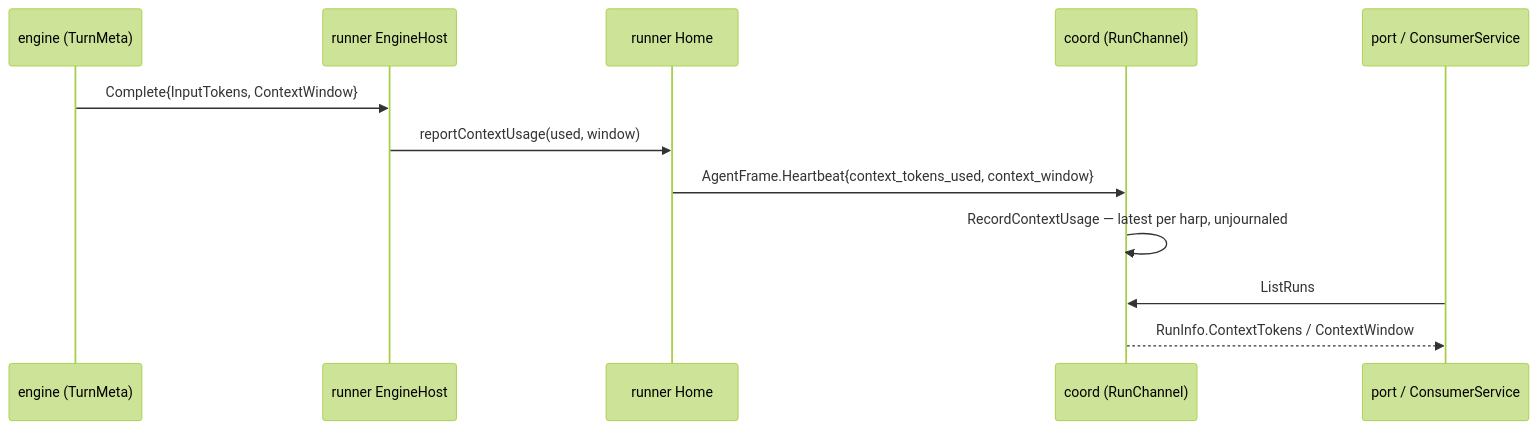
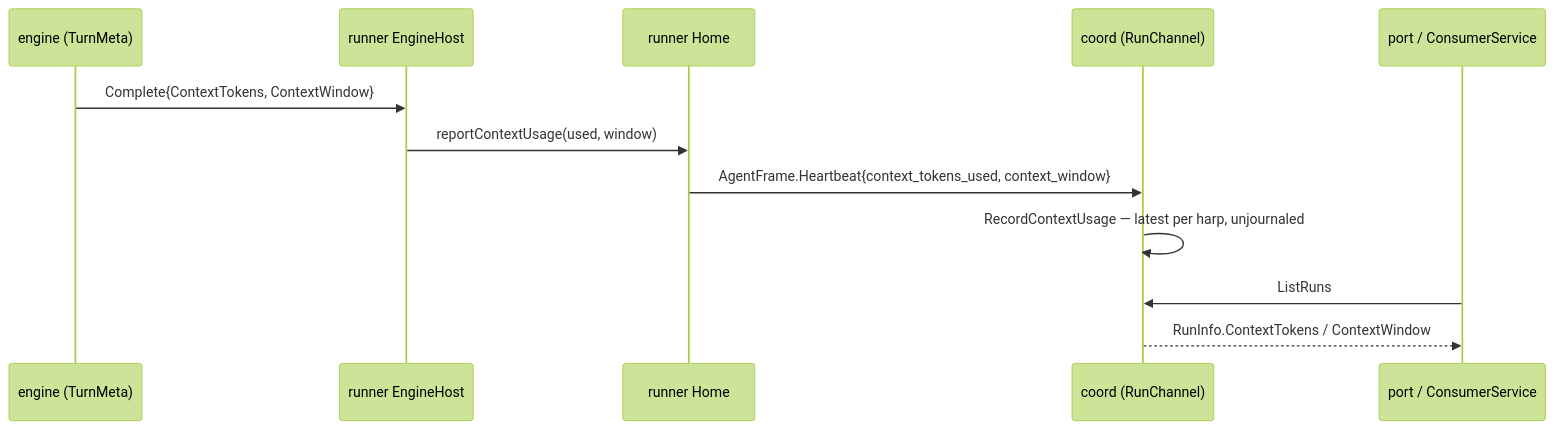
The second of 2 diagrams in docs/architecture/core/frontend-port.md (ctxloom/ctxloom), drawn with Mermaid (forest theme) before and after one commit. The commit also changed other lines of this file and 46 other files, not shown here.

````diff
--- a/docs/architecture/core/frontend-port.md
+++ b/docs/architecture/core/frontend-port.md
@@ -73,14 +74,14 @@
 ```mermaid
 sequenceDiagram
   participant E as engine (TurnMeta)
   participant R as runner EngineHost
   participant H as runner Home
   participant C as coord (RunChannel)
   participant P as port / ConsumerService
-  E->>R: Complete{InputTokens, ContextWindow}
+  E->>R: Complete{ContextTokens, ContextWindow}
   R->>H: reportContextUsage(used, window)
   H->>C: AgentFrame.Heartbeat{context_tokens_used, context_window}
   C->>C: RecordContextUsage — latest per harp, unjournaled
   P->>C: ListRuns
   C-->>P: RunInfo.ContextTokens / ContextWindow
 ```
````
